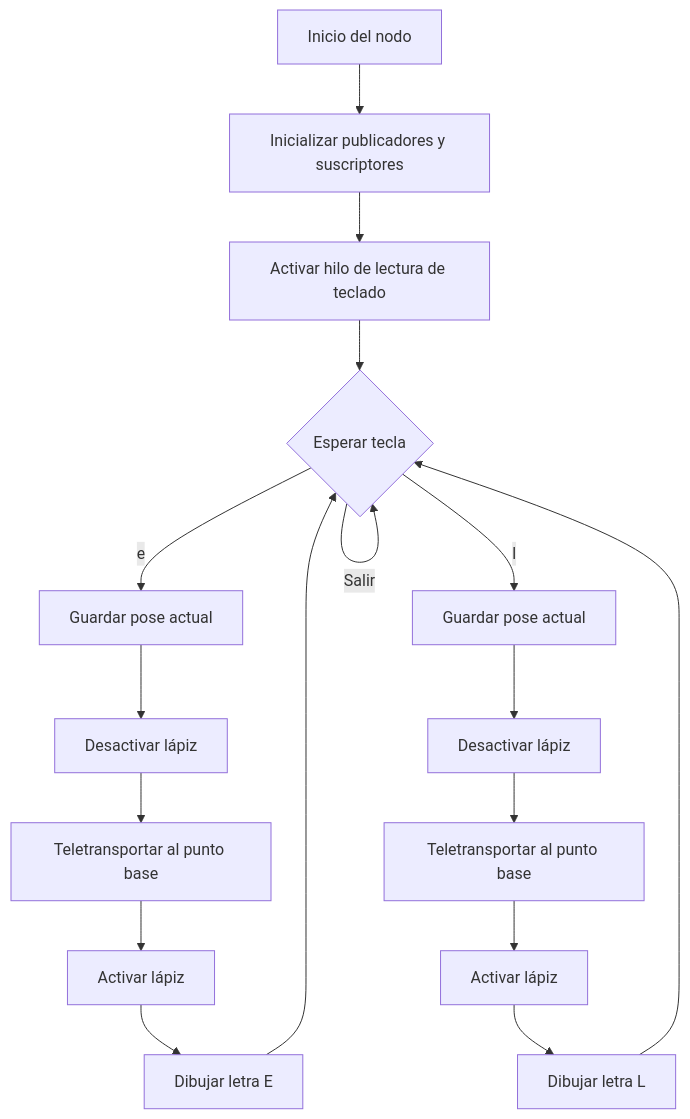
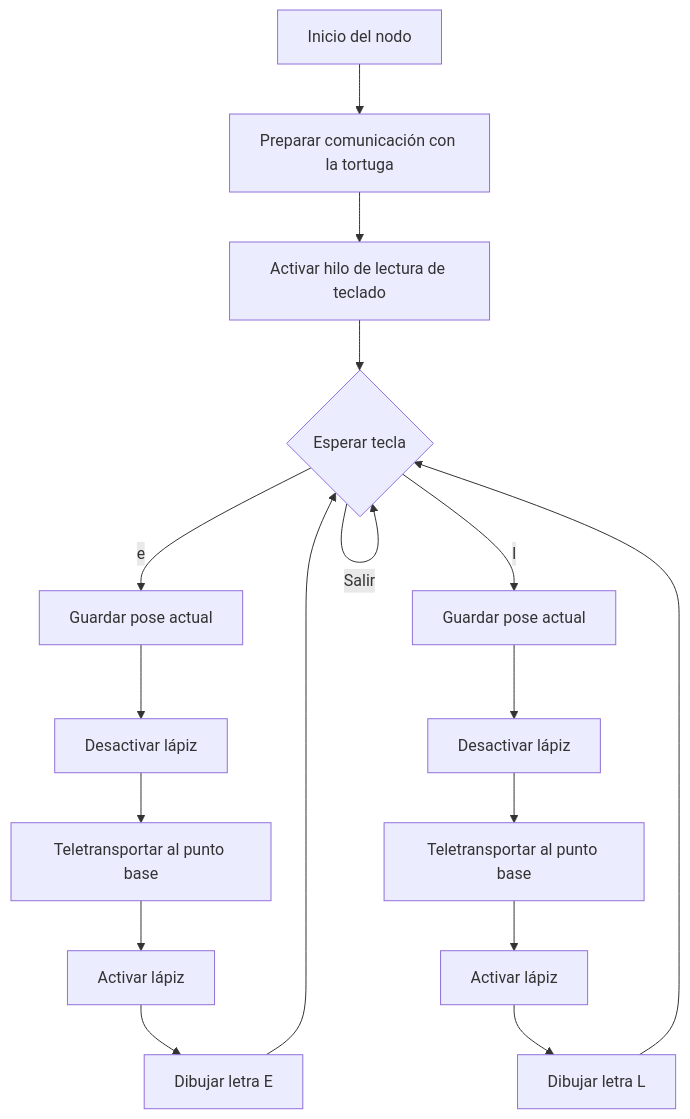
The diagram in Laboratorio_4/README.md (EstebanErazo500/Robotica_2025_02), drawn with Mermaid before and after one commit. The commit also changed other lines of this file, not shown here.

````diff
--- a/Laboratorio_4/README.md
+++ b/Laboratorio_4/README.md
@@ -72,22 +72,22 @@
 ```mermaid
 flowchart TD
-    A[Inicio del nodo] --> B[Inicializar publicadores y suscriptores]
+    A[Inicio del nodo] --> B[Preparar comunicación con la tortuga]
     B --> C[Activar hilo de lectura de teclado]
     C --> D{Esperar tecla}
 
     D -->|e| E[Guardar pose actual]
     E --> F[Desactivar lápiz]
     F --> G[Teletransportar al punto base]
     G --> H[Activar lápiz]
     H --> I[Dibujar letra E]
     I --> D
 
     D -->|l| J[Guardar pose actual]
     J --> K[Desactivar lápiz]
     K --> L[Teletransportar al punto base]
     L --> M[Activar lápiz]
     M --> N[Dibujar letra L]
     N --> D
 
     D -->|Salir| D
 ```
````
